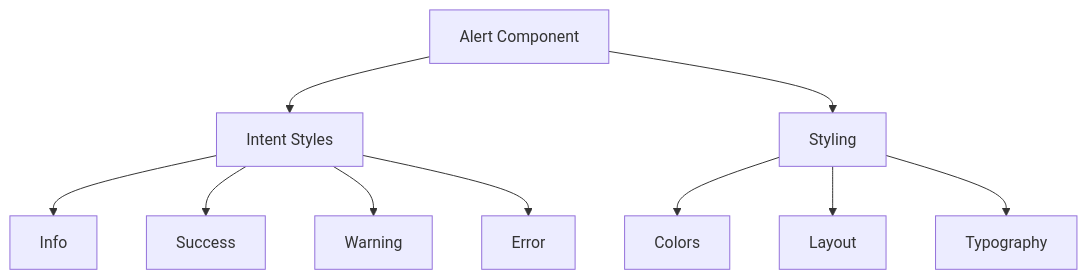
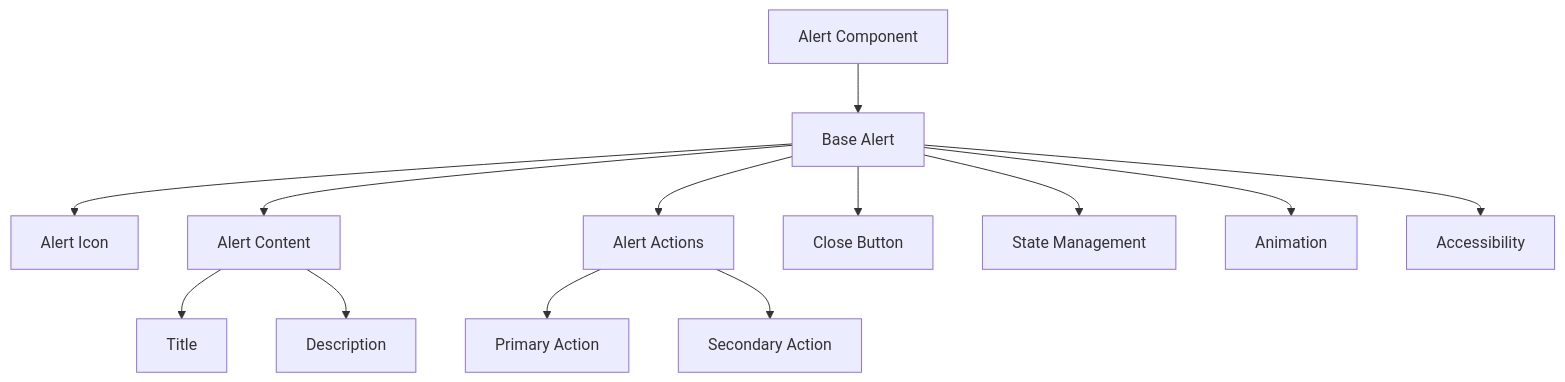
Before and after one commit to gedeza/thrive-send: the first of 3 diagrams in DOCS/components/feedback/Alert.md, drawn with Mermaid. The commit also changed other lines of this file and 25 other files, not shown here.

Commit message:
chore: update project structure and documentation [Rule: 2.3.1] - Add documentation templates and standards - Update component documentation across feedback, forms, and layout - Add dashboard component documentation - Update package dependencies - Add database utility files

````diff
--- a/DOCS/components/feedback/Alert.md
+++ b/DOCS/components/feedback/Alert.md
@@ -11,12 +20,17 @@
 ```mermaid
 graph TD
-    A[Alert Component] --> B[Intent Styles]
-    B --> C[Info]
-    B --> D[Success]
-    B --> E[Warning]
-    B --> F[Error]
-    A --> G[Styling]
-    G --> H[Colors]
-    G --> I[Layout]
-    G --> J[Typography]
+    A[Alert Component] --> B[Base Alert]
+    B --> C[Alert Icon]
+    B --> D[Alert Content]
+    B --> E[Alert Actions]
+    B --> F[Close Button]
+    
+    D --> G[Title]
+    D --> H[Description]
+    E --> I[Primary Action]
+    E --> J[Secondary Action]
+    
+    B --> K[State Management]
+    B --> L[Animation]
+    B --> M[Accessibility]
 ```
````
